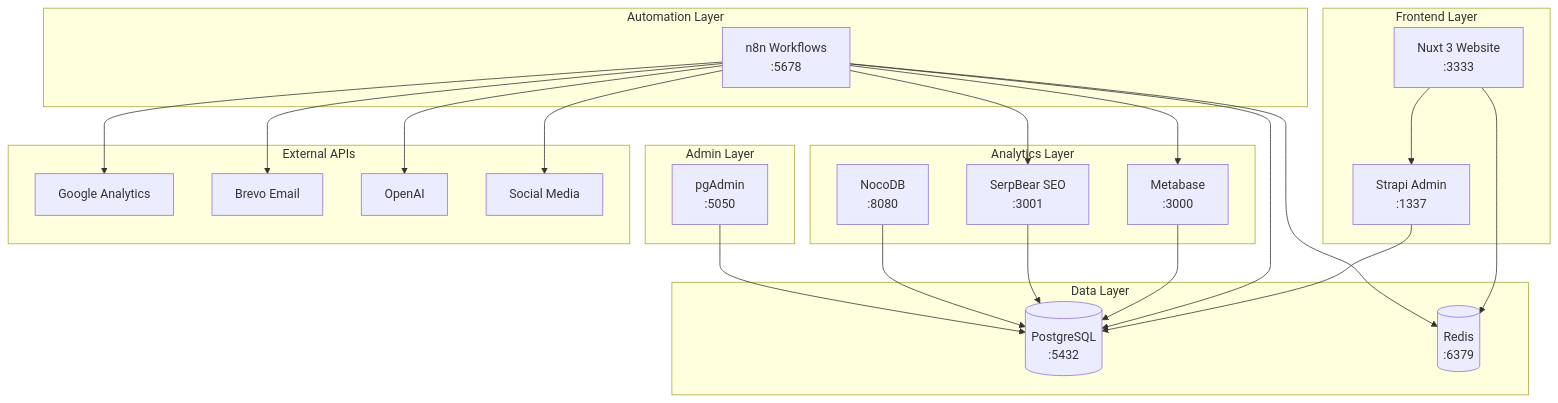
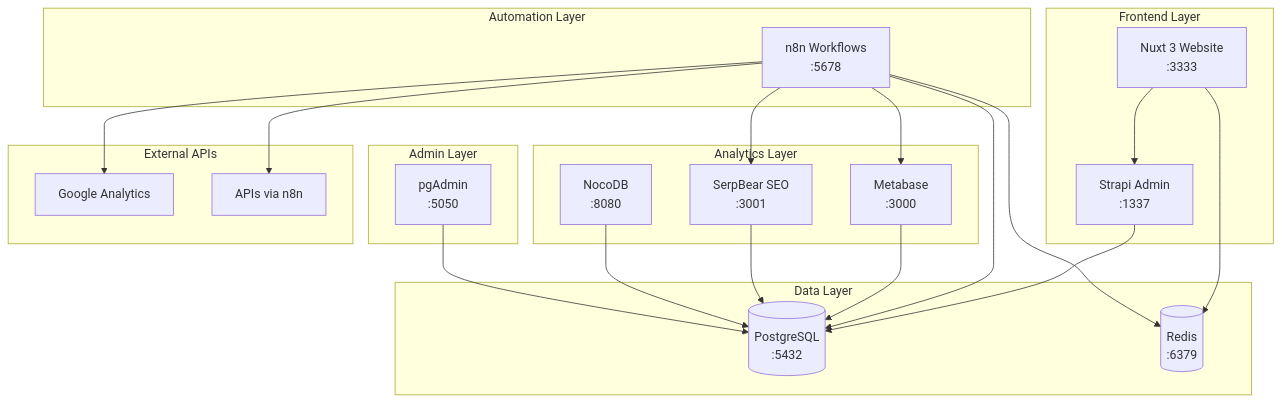
One commit to sturmel/strapi-automation-starter changed the first of 4 diagrams in README.md. Above: the diagram before and after it, drawn with Mermaid. The commit also changed other lines of this file and 3 other files, not shown here.

````diff
--- a/README.md
+++ b/README.md
@@ -50,50 +54,46 @@
 ```mermaid
 graph TB
     subgraph "Frontend Layer"
         W[Nuxt 3 Website<br/>:3333]
         A[Strapi Admin<br/>:1337]
     end
     
     subgraph "Data Layer"
         P[(PostgreSQL<br/>:5432)]
         R[(Redis<br/>:6379)]
     end
     
     subgraph "Automation Layer"
         N[n8n Workflows<br/>:5678]
     end
     
     subgraph "Analytics Layer"
         M[Metabase<br/>:3000]
         S[SerpBear SEO<br/>:3001]
         NC[NocoDB<br/>:8080]
     end
     
     subgraph "Admin Layer"
         PA[pgAdmin<br/>:5050]
     end
     
     subgraph "External APIs"
         GA[Google Analytics]
-        BR[Brevo Email]
-        OAI[OpenAI]
-        FB[Social Media]
+        APIs[APIs via n8n]
     end
     
     W --> A
     A --> P
     W --> R
     N --> P
     N --> R
     M --> P
     S --> P
     NC --> P
     PA --> P
     
     N --> GA
-    N --> BR
-    N --> OAI
-    N --> FB
+    N --> APIs
     N --> S
     N --> M
 ```
````
